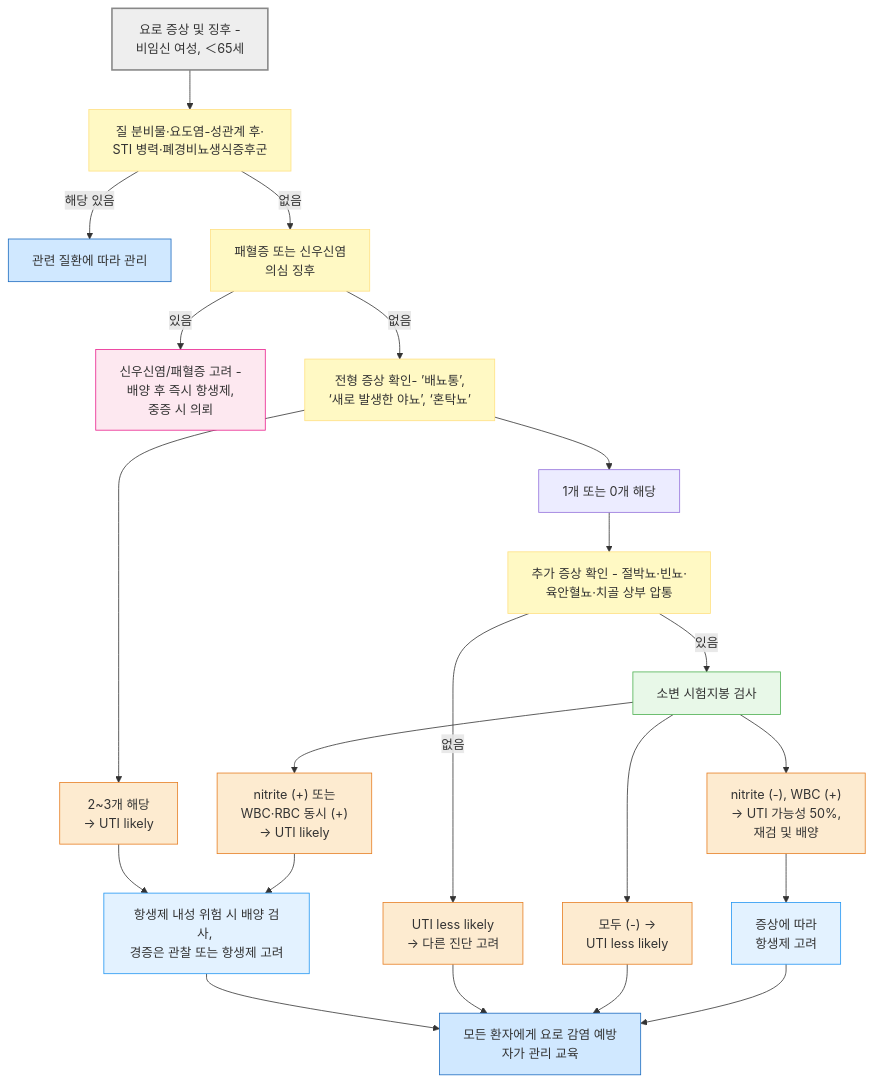
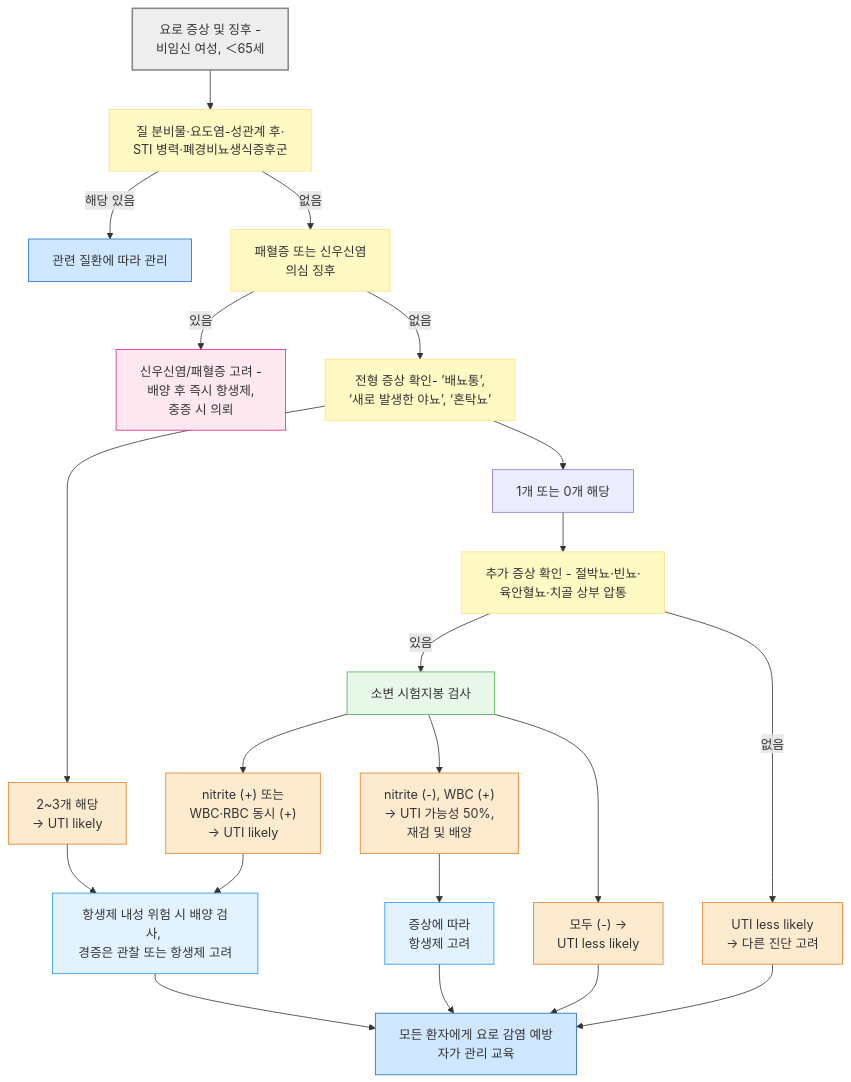
The first of 6 diagrams in 227_/113_-urinary-tract-infection.md (familyoh77/familyoh77), drawn with Mermaid before and after one commit. The commit also changed other lines of this file, not shown here.

````diff
--- a/227_/113_-urinary-tract-infection.md
+++ b/227_/113_-urinary-tract-infection.md
@@ -114,38 +114,37 @@
 ```mermaid
 graph TD
     A["요로 증상 및 징후 - <br/>비임신 여성, ＜65세"] --> 
 B["질 분비물·요도염-성관계 후·<br/>STI 병력·폐경비뇨생식증후군"]
     B -->|해당 있음| B1["관련 질환에 따라 관리"]
     B -->|없음| C["패혈증 또는 신우신염 <br/>의심 징후"]
     C -->|있음| C1["신우신염/패혈증 고려 - <br/>배양 후 즉시 항생제, <br/>중증 시 의뢰"]
     C -->|없음| D["전형 증상 확인- ’배뇨통’, <br/>‘새로 발생한 야뇨’, ‘혼탁뇨’"]
     D --> E["2~3개 해당 <br/>→ UTI likely"]
     D --> F["1개 또는 0개 해당"]
     F --> G["추가 증상 확인 - 절박뇨·빈뇨·<br/>육안혈뇨·치골 상부 압통"]
-    G -->|없음| H["UTI less likely <br/>→ 다른 진단 고려"]
     G -->|있음| I["소변 시험지봉 검사"]
     I --> J["nitrite (+) 또는 <br/>WBC·RBC 동시 (+)<br/>→ UTI likely"]
     I --> K["nitrite (-), WBC (+) <br/>→ UTI 가능성 50%, <br/>재검 및 배양"]
     I --> L["모두 (-) →<br/>UTI less likely"]
     E --> M["항생제 내성 위험 시 배양 검사, <br/>경증은 관찰 또는 항생제 고려"]
     J --> M
     K --> N["증상에 따라 <br/>항생제 고려"]
     M --> O["모든 환자에게 요로 감염 예방<br/> 자가 관리 교육"]
     H --> O
     L --> O
     N --> O
-
+    G -->|없음| H["UTI less likely <br/>→ 다른 진단 고려"]
 style A fill:#eeeeee,stroke:#888888,stroke-width:2px
 classDef yellow fill:#fff9c4,stroke:#ffe082
 class B,C,D,G yellow
 classDef lightGreen fill:#e8f8e8,stroke:#4caf50
 class I lightGreen
 classDef blue fill:#d0e8ff,stroke:#1a6abf
 class B1,O blue
 classDef pink fill:#fde8f0,stroke:#e91e8c
 class C1 pink
 classDef orange fill:#fdebd0,stroke:#e67e22
 class E,H,J,K,L orange
 classDef sky fill:#e3f2ff,stroke:#2196f3
 class N,M sky
 ```
````
